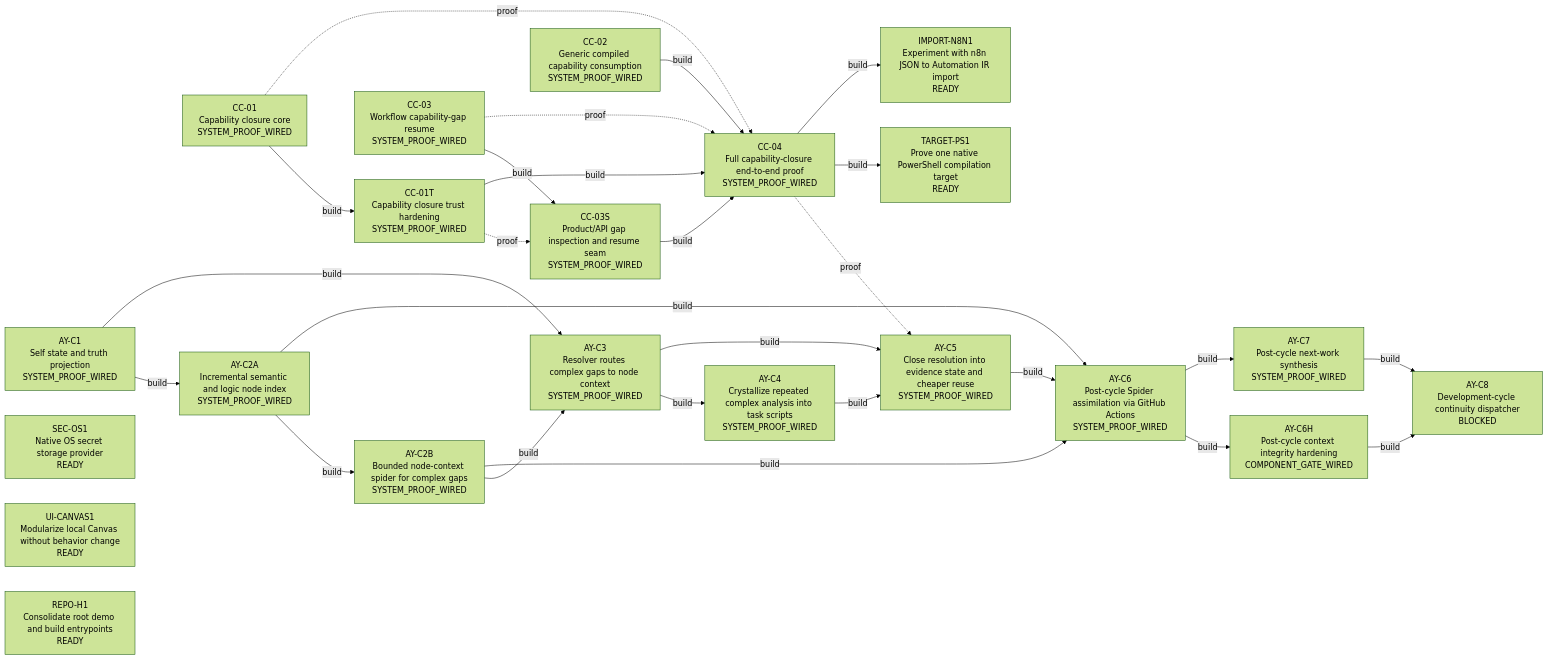
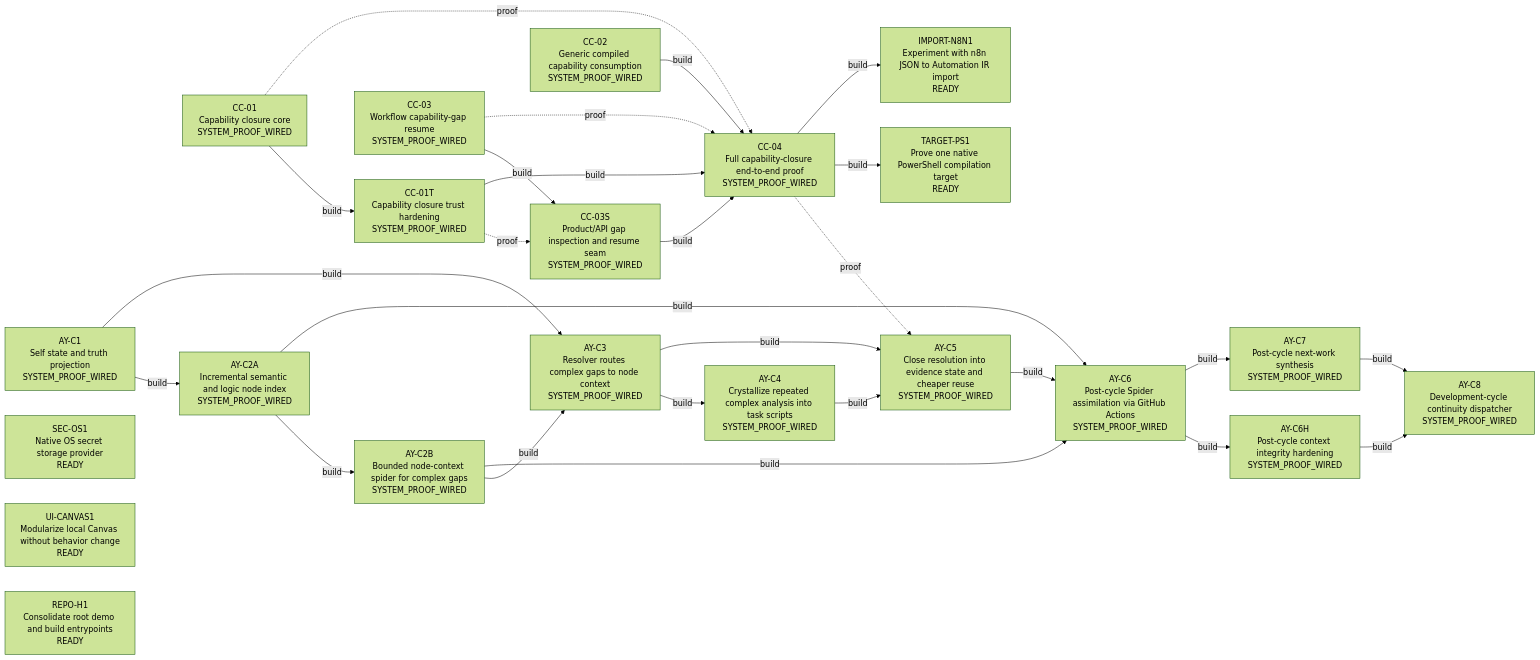
One commit to duducel204/AutoCompiler changed the diagram in docs/WORK_MAP.md. Above: the diagram before and after it, drawn with Mermaid (forest theme). The commit also changed other lines of this file, not shown here.

````diff
--- a/docs/WORK_MAP.md
+++ b/docs/WORK_MAP.md
@@ -18,49 +18,49 @@
 ```mermaid
 flowchart LR
   W_CC_01["CC-01<br/>Capability closure core<br/>SYSTEM_PROOF_WIRED"]
   W_CC_01T["CC-01T<br/>Capability closure trust hardening<br/>SYSTEM_PROOF_WIRED"]
   W_CC_03["CC-03<br/>Workflow capability-gap resume<br/>SYSTEM_PROOF_WIRED"]
   W_CC_03S["CC-03S<br/>Product/API gap inspection and resume seam<br/>SYSTEM_PROOF_WIRED"]
   W_CC_02["CC-02<br/>Generic compiled capability consumption<br/>SYSTEM_PROOF_WIRED"]
   W_CC_04["CC-04<br/>Full capability-closure end-to-end proof<br/>SYSTEM_PROOF_WIRED"]
   W_AY_C1["AY-C1<br/>Self state and truth projection<br/>SYSTEM_PROOF_WIRED"]
   W_AY_C2A["AY-C2A<br/>Incremental semantic and logic node index<br/>SYSTEM_PROOF_WIRED"]
   W_AY_C2B["AY-C2B<br/>Bounded node-context spider for complex gaps<br/>SYSTEM_PROOF_WIRED"]
   W_AY_C3["AY-C3<br/>Resolver routes complex gaps to node context<br/>SYSTEM_PROOF_WIRED"]
   W_AY_C4["AY-C4<br/>Crystallize repeated complex analysis into task scripts<br/>SYSTEM_PROOF_WIRED"]
   W_AY_C5["AY-C5<br/>Close resolution into evidence state and cheaper reuse<br/>SYSTEM_PROOF_WIRED"]
   W_AY_C6["AY-C6<br/>Post-cycle Spider assimilation via GitHub Actions<br/>SYSTEM_PROOF_WIRED"]
-  W_AY_C6H["AY-C6H<br/>Post-cycle context integrity hardening<br/>COMPONENT_GATE_WIRED"]
+  W_AY_C6H["AY-C6H<br/>Post-cycle context integrity hardening<br/>SYSTEM_PROOF_WIRED"]
   W_AY_C7["AY-C7<br/>Post-cycle next-work synthesis<br/>SYSTEM_PROOF_WIRED"]
-  W_AY_C8["AY-C8<br/>Development-cycle continuity dispatcher<br/>BLOCKED"]
+  W_AY_C8["AY-C8<br/>Development-cycle continuity dispatcher<br/>SYSTEM_PROOF_WIRED"]
   W_SEC_OS1["SEC-OS1<br/>Native OS secret storage provider<br/>READY"]
   W_UI_CANVAS1["UI-CANVAS1<br/>Modularize local Canvas without behavior change<br/>READY"]
   W_REPO_H1["REPO-H1<br/>Consolidate root demo and build entrypoints<br/>READY"]
   W_TARGET_PS1["TARGET-PS1<br/>Prove one native PowerShell compilation target<br/>READY"]
   W_IMPORT_N8N1["IMPORT-N8N1<br/>Experiment with n8n JSON to Automation IR import<br/>READY"]
   W_CC_01 -->|build| W_CC_01T
   W_CC_03 -->|build| W_CC_03S
   W_CC_01T -.->|proof| W_CC_03S
   W_CC_01T -->|build| W_CC_04
   W_CC_03S -->|build| W_CC_04
   W_CC_02 -->|build| W_CC_04
   W_CC_01 -.->|proof| W_CC_04
   W_CC_03 -.->|proof| W_CC_04
   W_AY_C1 -->|build| W_AY_C2A
   W_AY_C2A -->|build| W_AY_C2B
   W_AY_C1 -->|build| W_AY_C3
   W_AY_C2B -->|build| W_AY_C3
   W_AY_C3 -->|build| W_AY_C4
   W_AY_C3 -->|build| W_AY_C5
   W_AY_C4 -->|build| W_AY_C5
   W_CC_04 -.->|proof| W_AY_C5
   W_AY_C2A -->|build| W_AY_C6
   W_AY_C2B -->|build| W_AY_C6
   W_AY_C5 -->|build| W_AY_C6
   W_AY_C6 -->|build| W_AY_C6H
   W_AY_C6 -->|build| W_AY_C7
   W_AY_C7 -->|build| W_AY_C8
   W_AY_C6H -->|build| W_AY_C8
   W_CC_04 -->|build| W_TARGET_PS1
   W_CC_04 -->|build| W_IMPORT_N8N1
 ```
````
